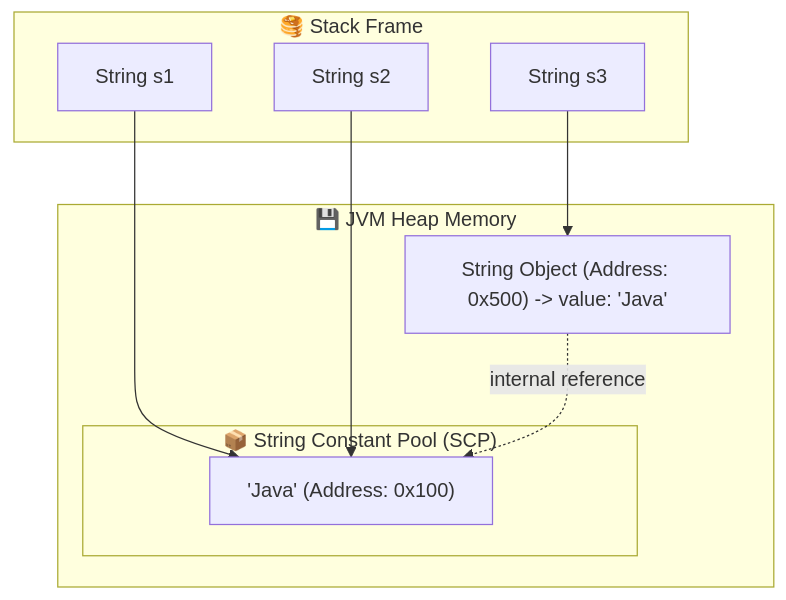
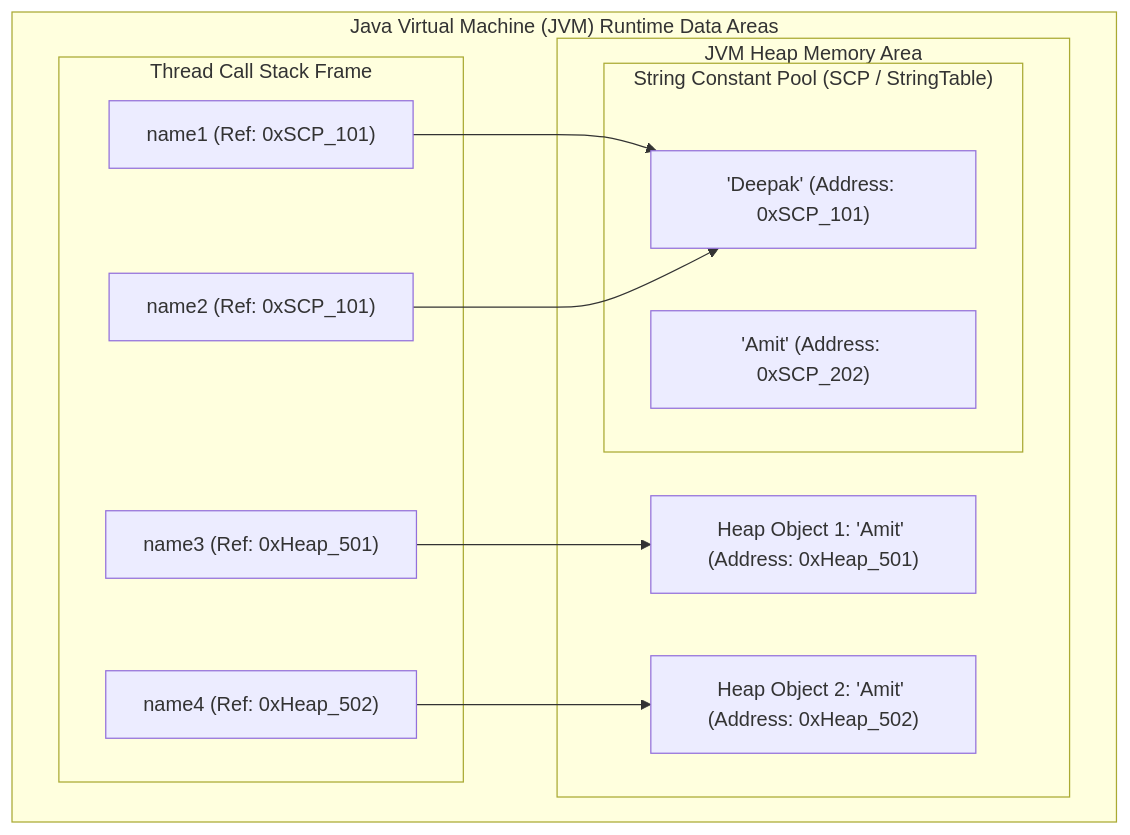
One commit to mayuri5401/ThreadSpeak changed the first of 2 diagrams in backend/content-service/src/main/resources/curriculum/core-java/08-strings/03-string-memory-management-scp.md. Above: the diagram before and after it, drawn with Mermaid. The commit also changed other lines of this file and 361 other files, not shown here.

Commit message:
feat(strings): in-depth String Memory Management & SCP theory, architecture visualizer, clean formatting, and Kafka microservices telemetry

````diff
--- a/backend/content-service/src/main/resources/curriculum/core-java/08-strings/03-string-memory-management-scp.md
+++ b/backend/content-service/src/main/resources/curriculum/core-java/08-strings/03-string-memory-management-scp.md
@@ -47,20 +68,25 @@
 ```mermaid
 flowchart TD
-    subgraph STACK["🥞 Stack Frame"]
-        s1["String s1"]
-        s2["String s2"]
-        s3["String s3"]
+    subgraph JVM["Java Virtual Machine (JVM) Runtime Data Areas"]
+        subgraph HEAP["JVM Heap Memory Area"]
+            subgraph SCP["String Constant Pool (SCP / StringTable)"]
+                deepak["'Deepak' (Address: 0xSCP_101)"]
+                amit_scp["'Amit' (Address: 0xSCP_202)"]
+            end
+            heap1["Heap Object 1: 'Amit' (Address: 0xHeap_501)"]
+            heap2["Heap Object 2: 'Amit' (Address: 0xHeap_502)"]
+        end
+
+        subgraph STACK["Thread Call Stack Frame"]
+            name1["name1 (Ref: 0xSCP_101)"]
+            name2["name2 (Ref: 0xSCP_101)"]
+            name3["name3 (Ref: 0xHeap_501)"]
+            name4["name4 (Ref: 0xHeap_502)"]
+        end
     end
 
-    subgraph HEAP["💾 JVM Heap Memory"]
-        subgraph SCP["📦 String Constant Pool (SCP)"]
-            poolObj["'Java' (Address: 0x100)"]
-        end
-        heapObj["String Object (Address: 0x500) -> value: 'Java'"]
-    end
-
-    s1 --> poolObj
-    s2 --> poolObj
-    s3 --> heapObj
-    heapObj -.->|internal reference| poolObj
+    name1 --> deepak
+    name2 --> deepak
+    name3 --> heap1
+    name4 --> heap2
 ```
````
